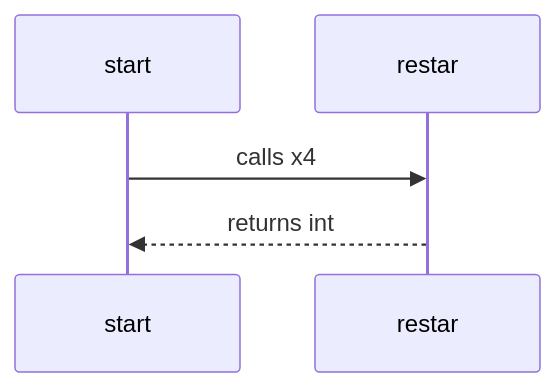
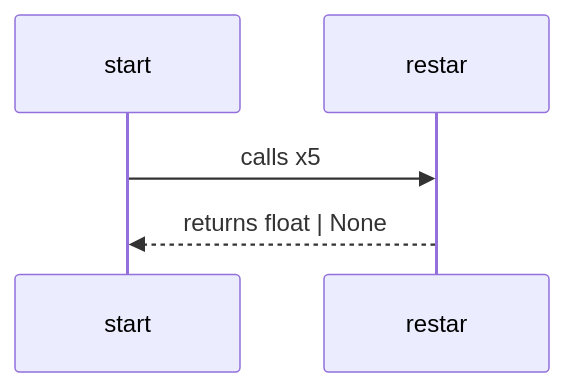
One commit to Nacho215/Practica-Data-Engineer changed the diagram in Unidad 11/docs/diagrama_de_secuencia_resta.md. Above: the diagram before and after it, drawn with Mermaid. The commit also changed other lines of this file and 7 other files, not shown here.

Commit message:
Fix: Updated functions, tests and diagrams

````diff
--- a/Unidad 11/docs/diagrama_de_secuencia_resta.md
+++ b/Unidad 11/docs/diagrama_de_secuencia_resta.md
@@ -5,6 +5,6 @@
 ```mermaid
 sequenceDiagram
-  start->>restar: calls x4
-  restar-->>start: returns int
+  start->>restar: calls x5
+  restar-->>start: returns float | None
 
 ```
````
